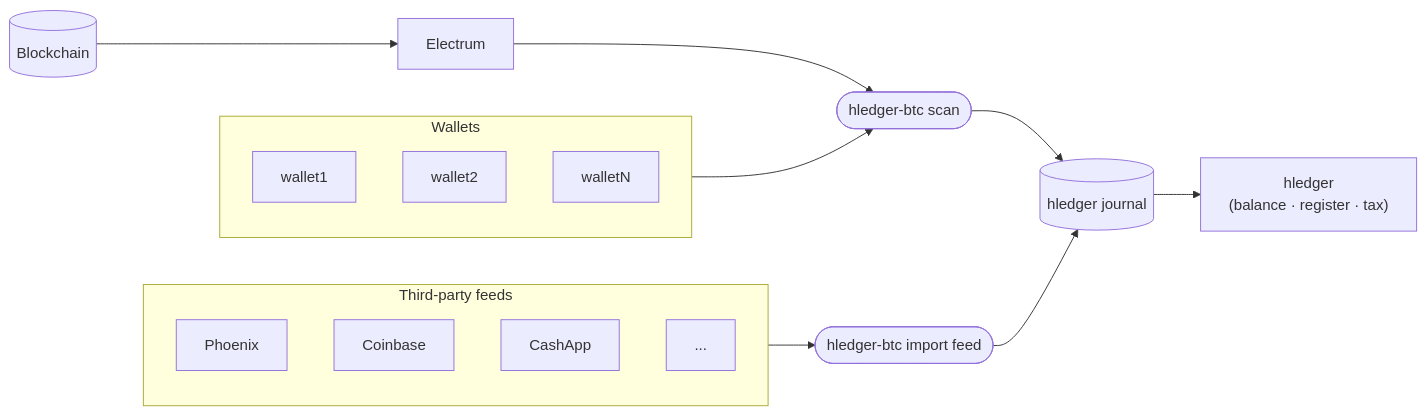
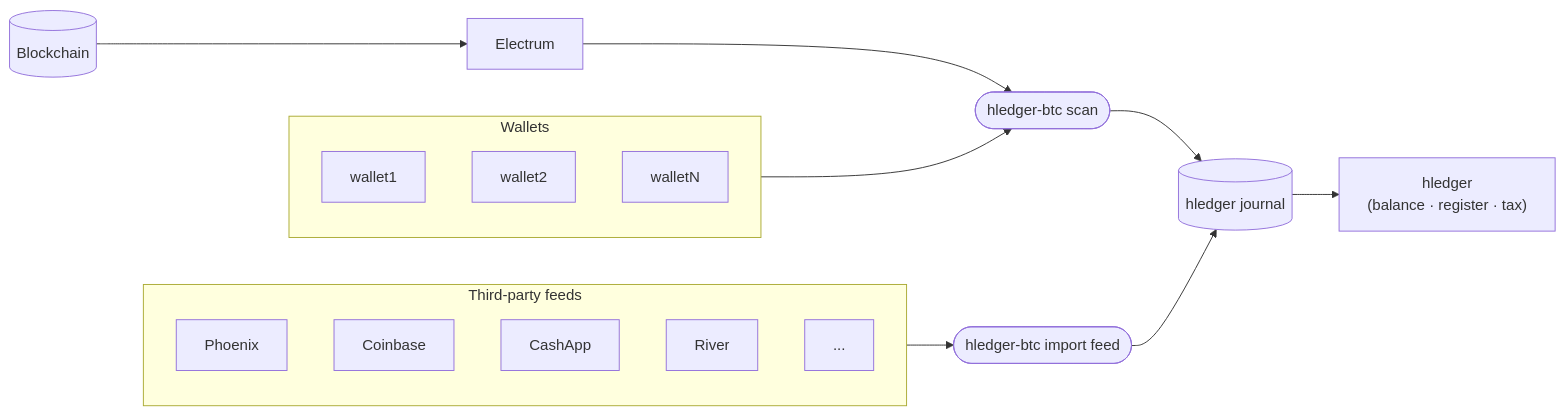
One commit to brh28/hledger-btc changed the diagram in README.md. Above: the diagram before and after it, drawn with Mermaid. The commit also changed other lines of this file, not shown here.

Commit message:
docs: Add River to provider table

````diff
--- a/README.md
+++ b/README.md
@@ -11,22 +11,23 @@
 ```mermaid
 flowchart LR
     BC[(Blockchain)] --> EL[Electrum]
 
     subgraph wallets["Wallets"]
         W1[wallet1] & W2[wallet2] & WN[walletN]
     end
 
     EL & wallets --> SCAN(["hledger-btc scan"])
 
     subgraph feeds["Third-party feeds"]
         PH[Phoenix]
         CB[Coinbase]
         CA[CashApp]
+        RV[River]
         ET[...]
     end
 
     feeds --> IMP(["hledger-btc import feed"])
 
     SCAN & IMP --> J[("hledger journal")]
     J --> HL["hledger\n(balance · register · tax)"]
 ```
````
